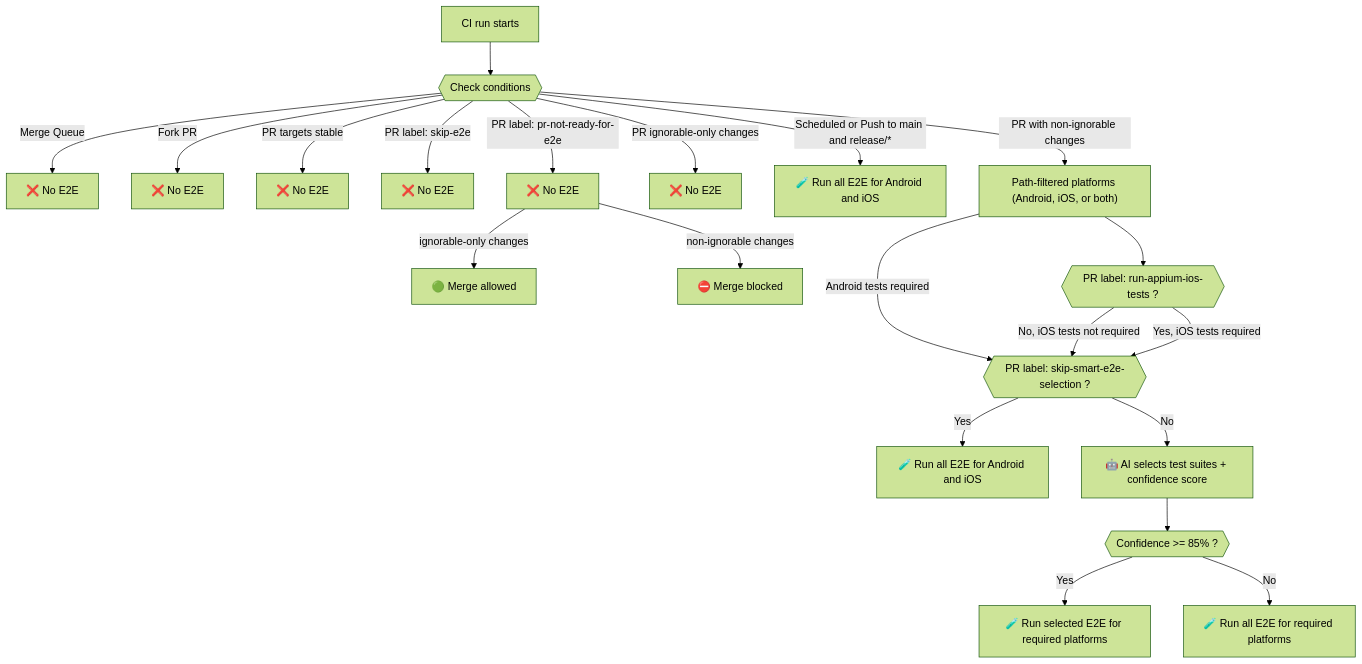
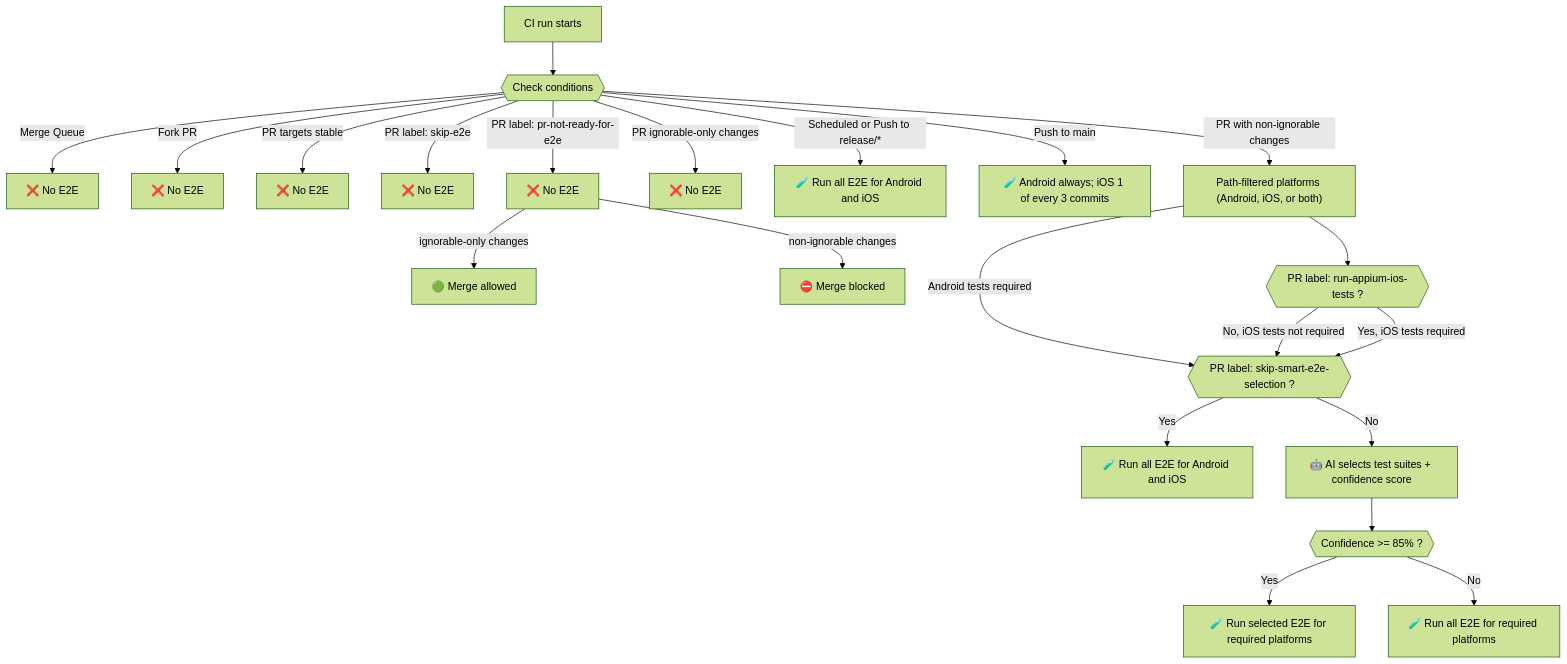
One commit to MetaMask/metamask-mobile changed the diagram in .github/guidelines/E2E_DECISION_TREE.md. Above: the diagram before and after it, drawn with Mermaid (forest theme). The commit also changed other lines of this file and 6 other files, not shown here.

First line of the commit message:
ci: sample post-merge iOS E2E on every third main commit

````diff
--- a/.github/guidelines/E2E_DECISION_TREE.md
+++ b/.github/guidelines/E2E_DECISION_TREE.md
@@ -7,26 +7,27 @@
 ```mermaid
 flowchart TD
     CI[CI run starts] --> GR{{Check conditions}}
     GR -->|Merge Queue| MQ[❌ No E2E]
     GR -->|Fork PR| FK[❌ No E2E]
     GR -->|PR targets stable| ST[❌ No E2E]
     GR -->|PR label: skip-e2e| HS[❌ No E2E]
     GR -->|PR label: pr-not-ready-for-e2e| L2[❌ No E2E]
     L2 -->|ignorable-only changes| NoBlock[🟢 Merge allowed]
     L2 -->|non-ignorable changes| Skip2[⛔️ Merge blocked]
     GR -->|PR ignorable-only changes| Ignorable[ ❌ No E2E]
-    GR -->|Scheduled or Push to main and release/*| Full[🧪 Run all E2E for Android and iOS]
+    GR -->|Scheduled or Push to release/*| Full[🧪 Run all E2E for Android and iOS]
+    GR -->|Push to main| MainPush[🧪 Android always; iOS 1 of every 3 commits]
 
     GR -->|PR with non-ignorable changes| PRToValidate["Path-filtered platforms (Android, iOS, or both)"]
     PRToValidate -->|Android tests required| Smart{{PR label: skip-smart-e2e-selection ?}}
     PRToValidate -->iOSRequired{{PR label: run-appium-ios-tests ?}}
     iOSRequired -->|No, iOS tests not required| Smart{{PR label: skip-smart-e2e-selection ?}}
     iOSRequired -->|Yes, iOS tests required| Smart{{PR label: skip-smart-e2e-selection ?}}
 
     Smart -->|Yes| AllTags[🧪 Run all E2E for Android and iOS]
     Smart -->|No| AI[🤖 AI selects test suites + confidence score]
     AI --> CONF{{Confidence >= 85% ?}}
     CONF -->|Yes| SelectedTags[🧪 Run selected E2E for required platforms]
     CONF -->|No| AllTagsFallback[🧪 Run all E2E for required platforms]
 
 ```
````
